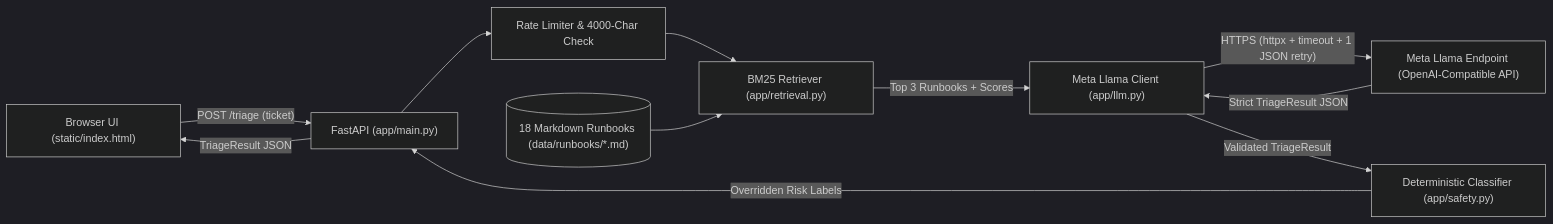
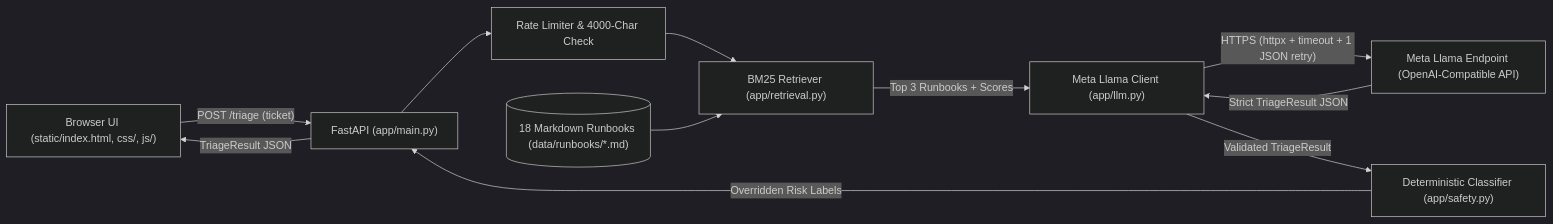
The diagram in README.md (Daddy-Ousen/RunBookPilot), drawn with Mermaid (dark theme) before and after one commit. The commit also changed other lines of this file and 4 other files, not shown here.

````diff
--- a/README.md
+++ b/README.md
@@ -31,22 +31,22 @@
 ```mermaid
 flowchart LR
-    UI["Browser UI (static/index.html)"]
+    UI["Browser UI (static/index.html, css/, js/)"]
     API["FastAPI (app/main.py)"]
     RL["Rate Limiter & 4000-Char Check"]
     BM25["BM25 Retriever (app/retrieval.py)"]
     RB[("18 Markdown Runbooks (data/runbooks/*.md)")]
     LLM["Meta Llama Client (app/llm.py)"]
     META["Meta Llama Endpoint (OpenAI-Compatible API)"]
     SAFE["Deterministic Classifier (app/safety.py)"]
 
     UI -- "POST /triage (ticket)" --> API
     API --> RL
     RL --> BM25
     RB --> BM25
     BM25 -- "Top 3 Runbooks + Scores" --> LLM
     LLM -- "HTTPS (httpx + timeout + 1 JSON retry)" --> META
     META -- "Strict TriageResult JSON" --> LLM
     LLM -- "Validated TriageResult" --> SAFE
     SAFE -- "Overridden Risk Labels" --> API
     API -- "TriageResult JSON" --> UI
 ```
````
